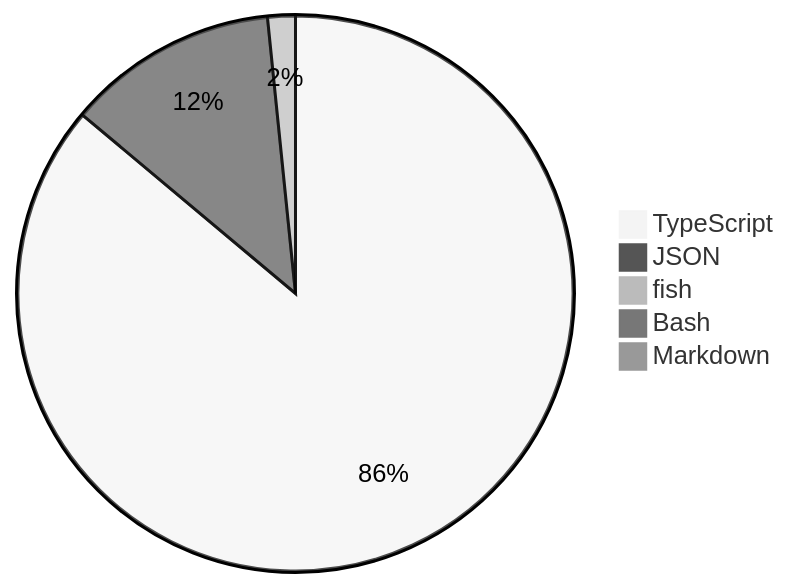
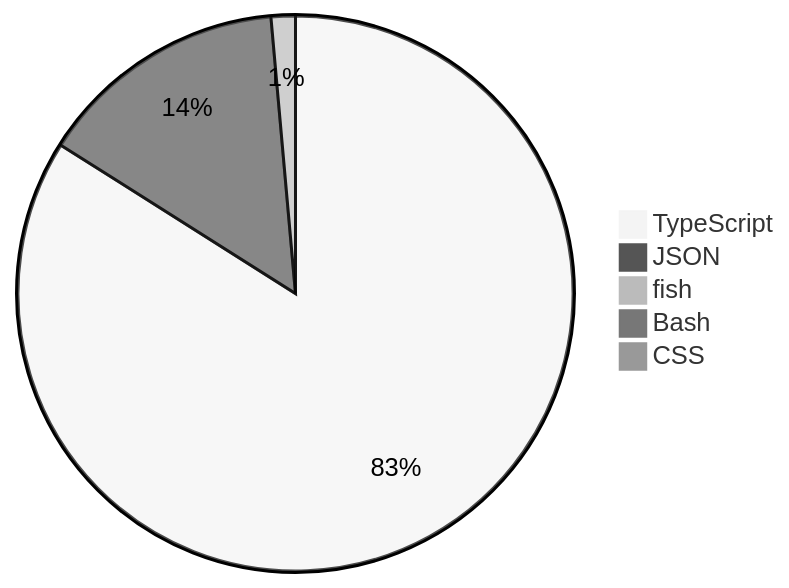
One commit to skvggor/skvggor changed the diagram in README.md. Above: the diagram before and after it, drawn with Mermaid (neutral theme).

Commit message:
Updated waka-readme graph with new metrics

````diff
--- a/README.md
+++ b/README.md
@@ -28,8 +28,8 @@
 ```mermaid
 pie
-    "TypeScript" : 85.5
-    "JSON" : 12.2
-    "fish" : 1.6
+    "TypeScript" : 83.3
+    "JSON" : 14.5
+    "fish" : 1.4
     "Bash" : 0.5
-    "Markdown" : 0.2
+    "CSS" : 0.3
 ```
````
